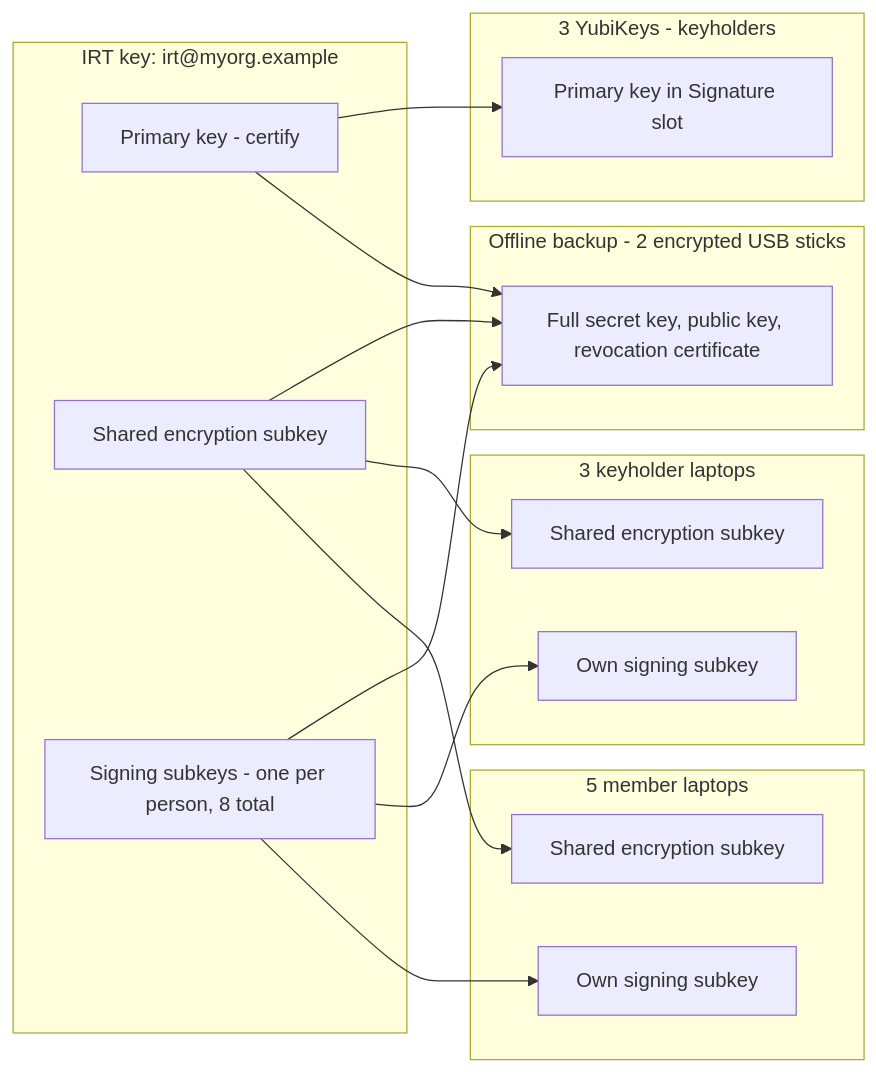
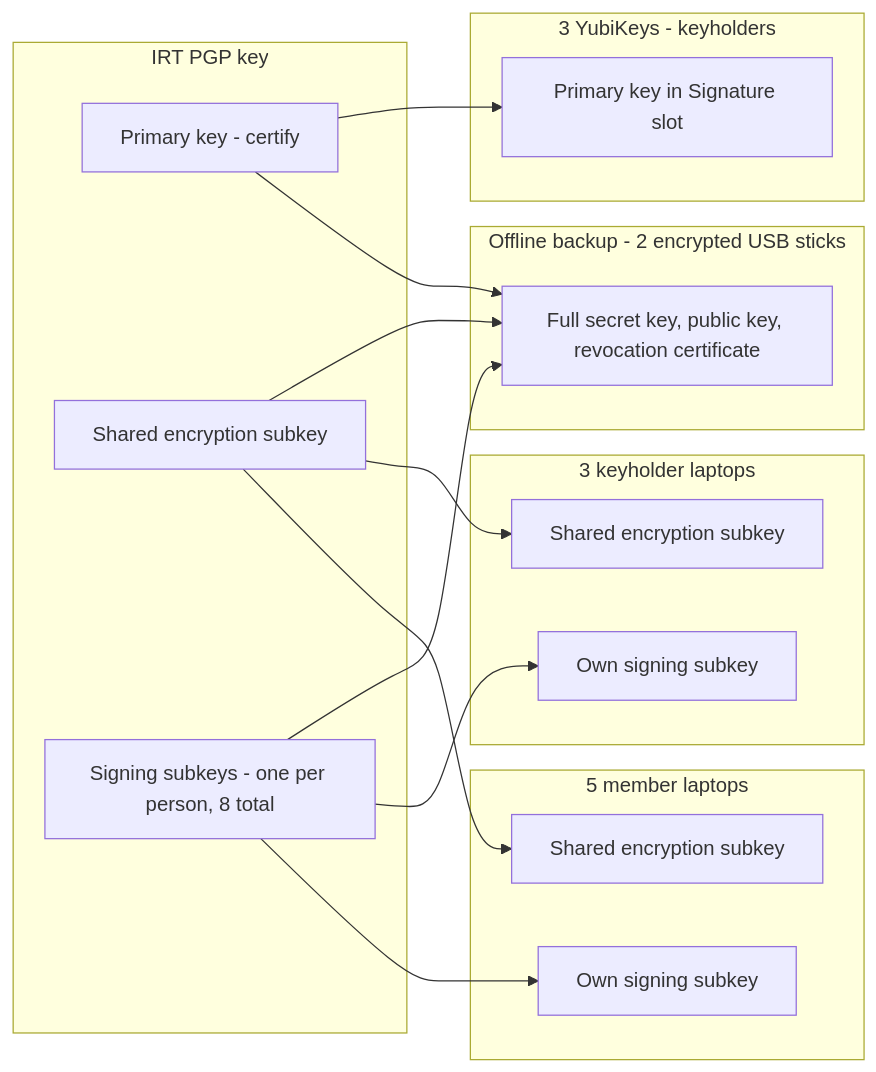
The diagram in docs/_posts/2026-11-23-pgp-for-an-irt-team.md (dfbr/kql_queries), drawn with Mermaid before and after one commit.

Commit message:
Corrects link in diagram

````diff
--- a/docs/_posts/2026-11-23-pgp-for-an-irt-team.md
+++ b/docs/_posts/2026-11-23-pgp-for-an-irt-team.md
@@ -63,30 +63,30 @@
 ```mermaid
 flowchart LR
-  subgraph KEY["IRT key: irt@myorg.example"]
+  subgraph KEY["IRT PGP key"]
     P["Primary key - certify"]
     E["Shared encryption subkey"]
     S["Signing subkeys - one per person, 8 total"]
   end
   subgraph OFF["Offline backup - 2 encrypted USB sticks"]
     B["Full secret key, public key, revocation certificate"]
   end
   subgraph YK["3 YubiKeys - keyholders"]
     YP["Primary key in Signature slot"]
   end
   subgraph KHL["3 keyholder laptops"]
     KE["Shared encryption subkey"]
     KS["Own signing subkey"]
   end
   subgraph ML["5 member laptops"]
     ME["Shared encryption subkey"]
     MS["Own signing subkey"]
   end
   P --> YP
   P --> B
   E --> B
   S --> B
   E --> KE
   E --> ME
   S --> KS
   S --> MS
 ```
````
